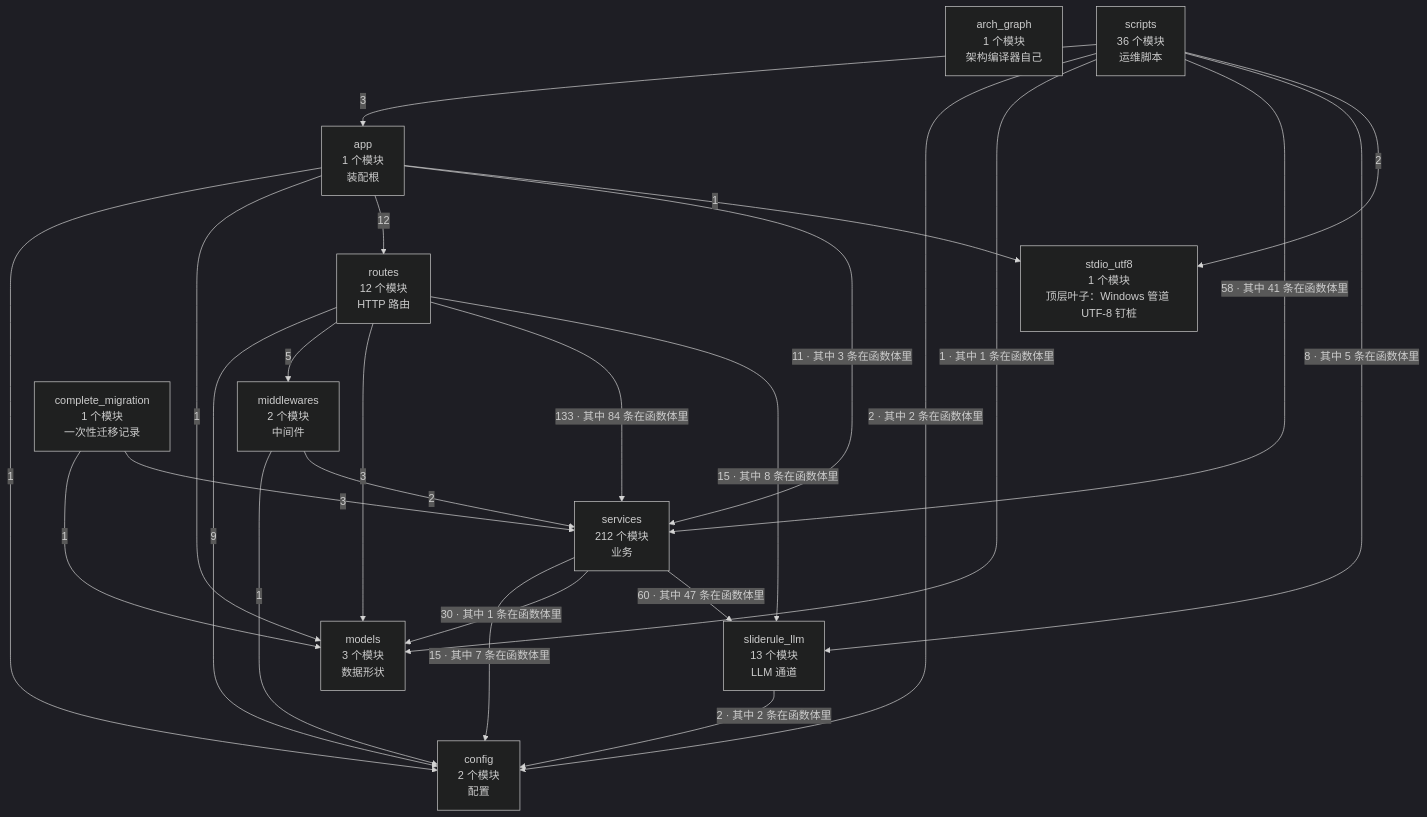
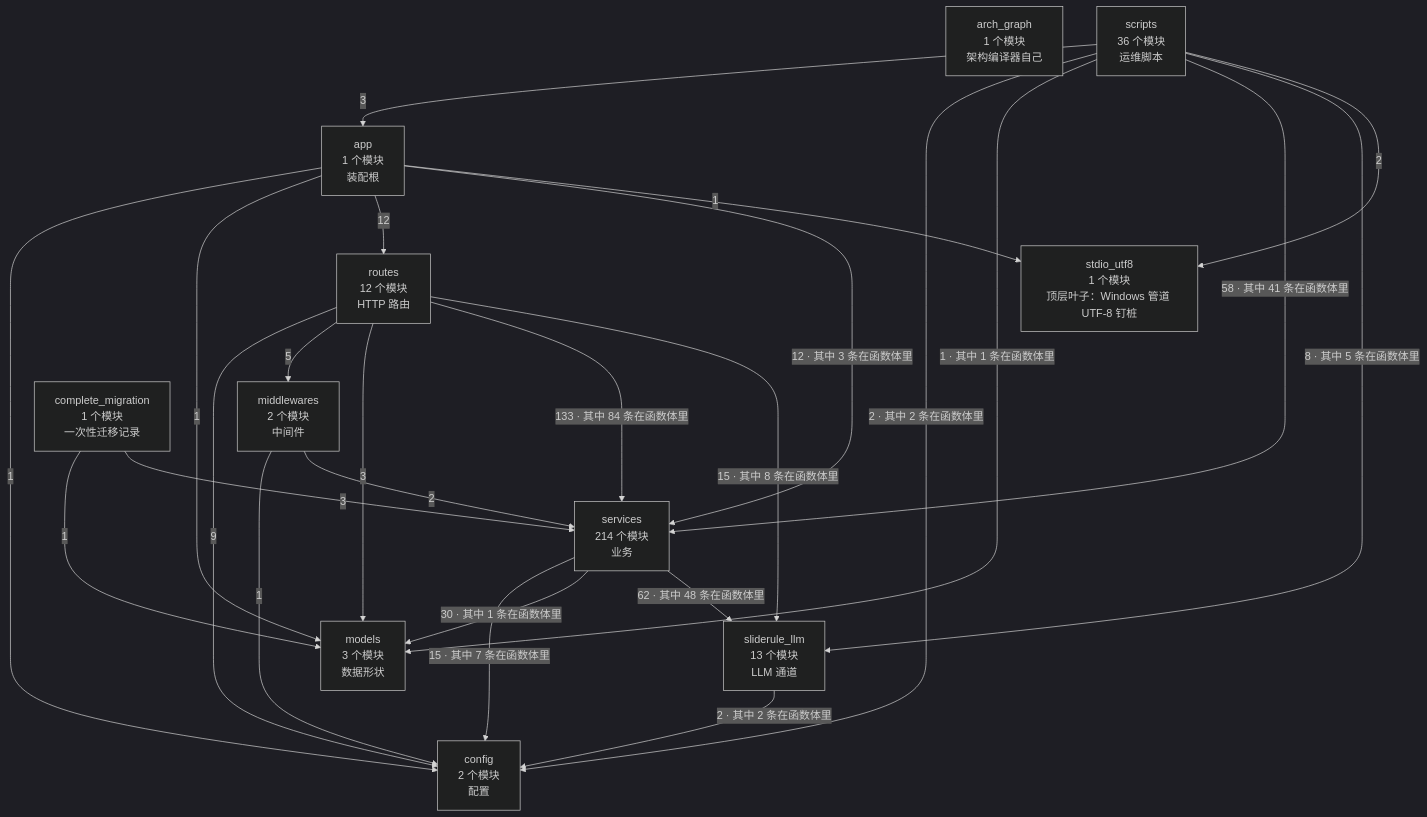
The second of 4 diagrams in docs/SlideRule V6.2 架构图（自动生成）.md (2686521696/WhyBuddy), drawn with Mermaid (dark theme) before and after one commit. The commit also changed other lines of this file and 5 other files, not shown here.

````diff
--- a/docs/SlideRule V6.2 架构图（自动生成）.md
+++ b/docs/SlideRule V6.2 架构图（自动生成）.md
@@ -60,38 +60,38 @@
 ```mermaid
 flowchart TB
   arch_graph["arch_graph<br/>1 个模块<br/>架构编译器自己"]
   config["config<br/>2 个模块<br/>配置"]
   models["models<br/>3 个模块<br/>数据形状"]
   stdio_utf8["stdio_utf8<br/>1 个模块<br/>顶层叶子：Windows 管道 UTF-8 钉桩"]
   sliderule_llm["sliderule_llm<br/>13 个模块<br/>LLM 通道"]
   middlewares["middlewares<br/>2 个模块<br/>中间件"]
-  services["services<br/>212 个模块<br/>业务"]
+  services["services<br/>214 个模块<br/>业务"]
   routes["routes<br/>12 个模块<br/>HTTP 路由"]
   app["app<br/>1 个模块<br/>装配根"]
   complete_migration["complete_migration<br/>1 个模块<br/>一次性迁移记录"]
   scripts["scripts<br/>36 个模块<br/>运维脚本"]
   app -->|1| config
   app -->|1| models
   app -->|12| routes
-  app -->|11 · 其中 3 条在函数体里| services
+  app -->|12 · 其中 3 条在函数体里| services
   app -->|1| stdio_utf8
   complete_migration -->|1| models
   complete_migration -->|3| services
   middlewares -->|1| config
   middlewares -->|2| services
   routes -->|9| config
   routes -->|5| middlewares
   routes -->|3| models
   routes -->|133 · 其中 84 条在函数体里| services
   routes -->|15 · 其中 8 条在函数体里| sliderule_llm
   scripts -->|3| app
   scripts -->|2 · 其中 2 条在函数体里| config
   scripts -->|1 · 其中 1 条在函数体里| models
   scripts -->|58 · 其中 41 条在函数体里| services
   scripts -->|8 · 其中 5 条在函数体里| sliderule_llm
   scripts -->|2| stdio_utf8
   services -->|15 · 其中 7 条在函数体里| config
   services -->|30 · 其中 1 条在函数体里| models
-  services -->|60 · 其中 47 条在函数体里| sliderule_llm
+  services -->|62 · 其中 48 条在函数体里| sliderule_llm
   sliderule_llm -->|2 · 其中 2 条在函数体里| config
 ```
````
